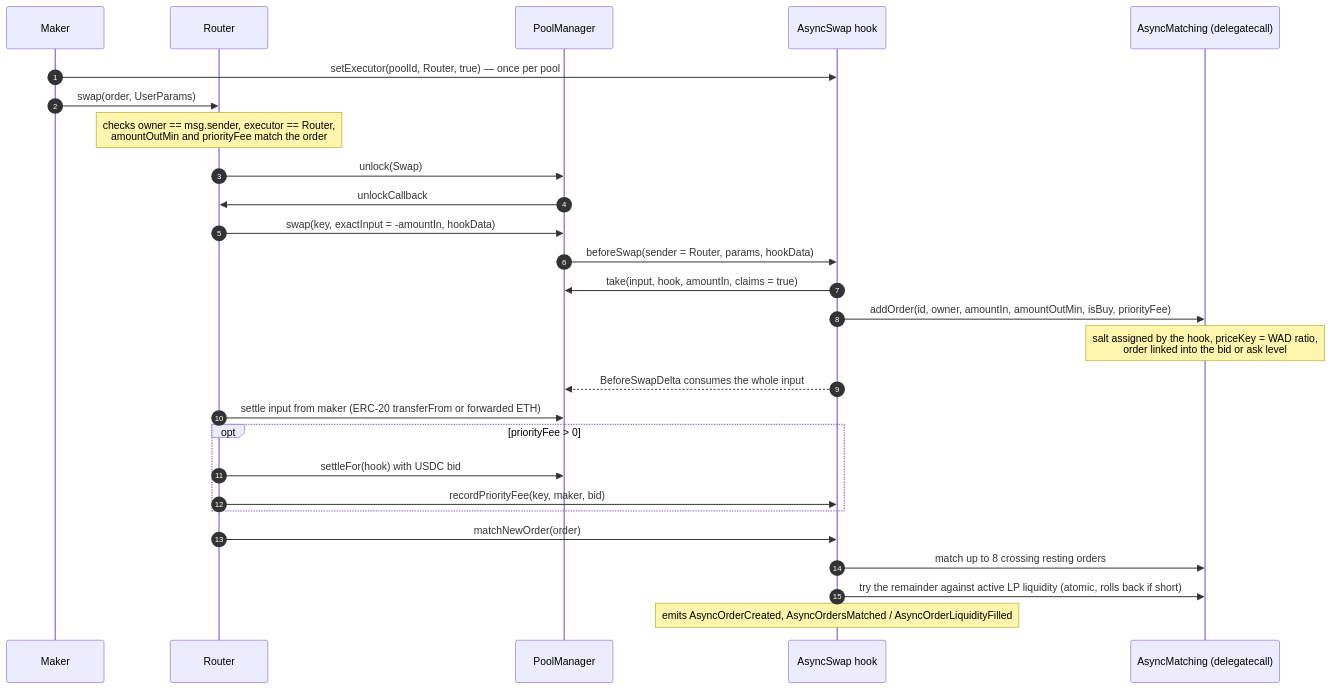
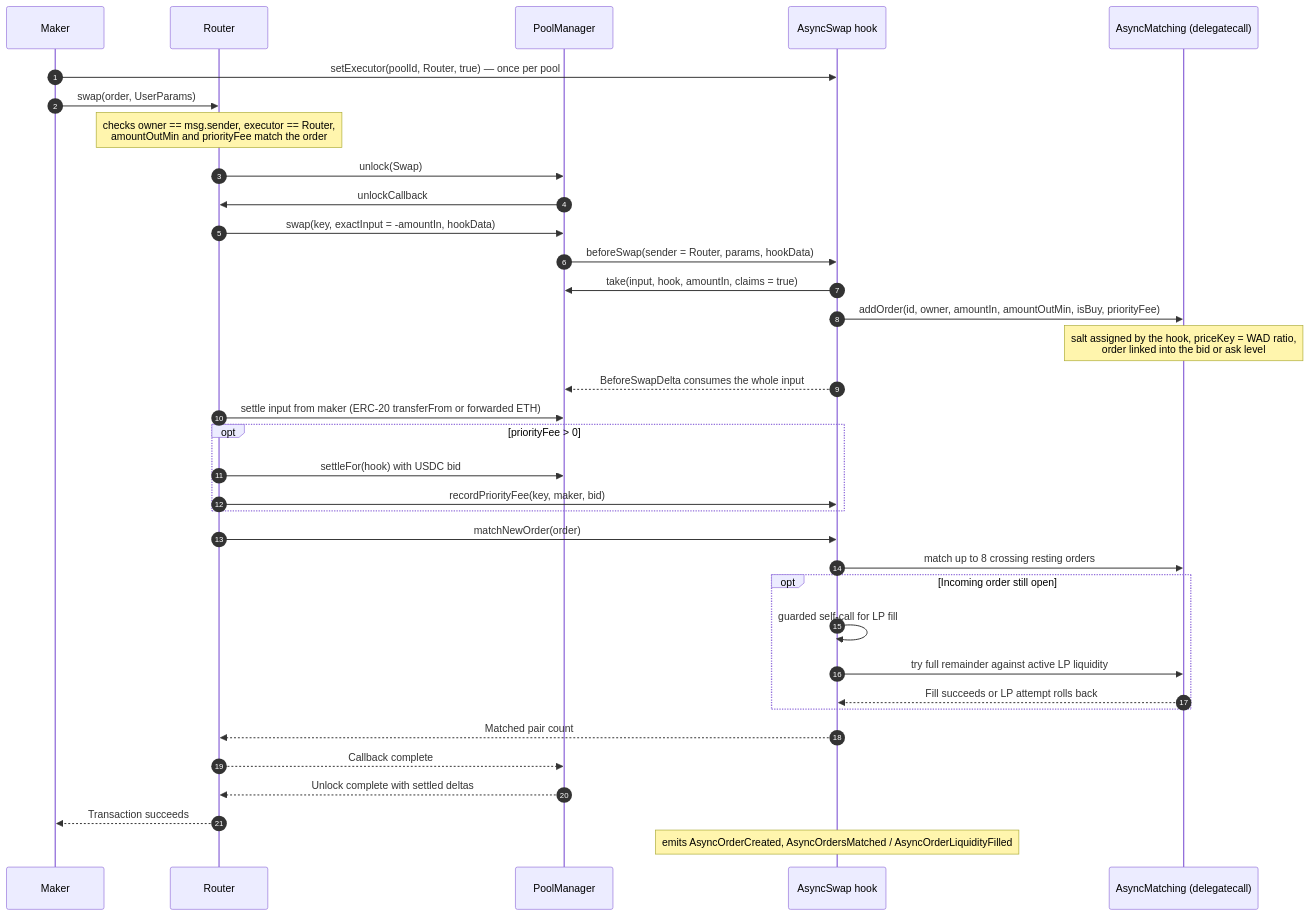
Before and after one commit to asyncswap/contracts: the third of 5 diagrams in docs/protocol.md, drawn with Mermaid. The commit also changed other lines of this file and 2 other files, not shown here.

Commit message:
docs: clarify protocol overview and shorten README diagrams (#5)

````diff
--- a/docs/protocol.md
+++ b/docs/protocol.md
@@ -106,30 +108,38 @@
 ```mermaid
 sequenceDiagram
     autonumber
     participant M as Maker
     participant R as Router
     participant PM as PoolManager
     participant H as AsyncSwap hook
     participant AM as AsyncMatching (delegatecall)
 
     M->>H: setExecutor(poolId, Router, true) — once per pool
     M->>R: swap(order, UserParams)
     Note over R: checks owner == msg.sender, executor == Router,<br/>amountOutMin and priorityFee match the order
     R->>PM: unlock(Swap)
     PM->>R: unlockCallback
     R->>PM: swap(key, exactInput = -amountIn, hookData)
     PM->>H: beforeSwap(sender = Router, params, hookData)
     H->>PM: take(input, hook, amountIn, claims = true)
     H->>AM: addOrder(id, owner, amountIn, amountOutMin, isBuy, priorityFee)
     Note over AM: salt assigned by the hook, priceKey = WAD ratio,<br/>order linked into the bid or ask level
     H-->>PM: BeforeSwapDelta consumes the whole input
     R->>PM: settle input from maker (ERC-20 transferFrom or forwarded ETH)
     opt priorityFee > 0
         R->>PM: settleFor(hook) with USDC bid
         R->>H: recordPriorityFee(key, maker, bid)
     end
     R->>H: matchNewOrder(order)
     H->>AM: match up to 8 crossing resting orders
-    H->>AM: try the remainder against active LP liquidity (atomic, rolls back if short)
+    opt Incoming order still open
+        H->>H: guarded self-call for LP fill
+        H->>AM: try full remainder against active LP liquidity
+        AM-->>H: Fill succeeds or LP attempt rolls back
+    end
+    H-->>R: Matched pair count
+    R-->>PM: Callback complete
+    PM-->>R: Unlock complete with settled deltas
+    R-->>M: Transaction succeeds
     Note over H: emits AsyncOrderCreated, AsyncOrdersMatched / AsyncOrderLiquidityFilled
 ```
````
